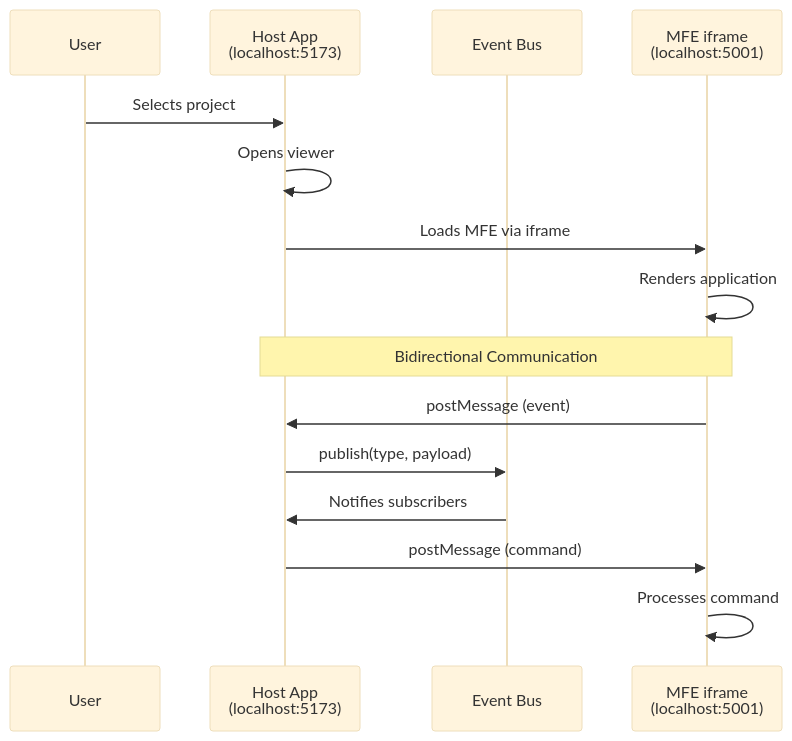
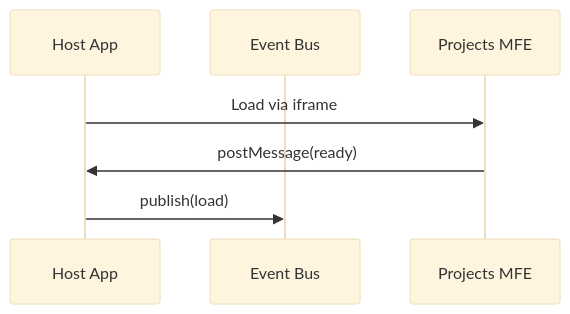
Before and after one commit to ehurafa/portfolio-mfe-2025: the second of 2 diagrams in README.md, drawn with Mermaid (base theme). The commit also changed other lines of this file, not shown here.

Commit message:
docs: optimize README size and content clarity while preserving essential diagrams

````diff
--- a/README.md
+++ b/README.md
@@ -189,21 +128,9 @@
 ```mermaid
 sequenceDiagram
-    participant User
-    participant Host as Host App<br/>(localhost:5173)
-    participant EventBus as Event Bus
-    participant Iframe as MFE iframe<br/>(localhost:5001)
-    
-    User->>Host: Selects project
-    Host->>Host: Opens viewer
-    Host->>Iframe: Loads MFE via iframe
-    Iframe->>Iframe: Renders application
-    
-    Note over Host,Iframe: Bidirectional Communication
-    
-    Iframe->>Host: postMessage (event)
-    Host->>EventBus: publish(type, payload)
-    EventBus->>Host: Notifies subscribers
-    
-    Host->>Iframe: postMessage (command)
-    Iframe->>Iframe: Processes command
+    participant Host as Host App
+    participant Bus as Event Bus
+    participant MFE as Projects MFE
+    Host->>MFE: Load via iframe
+    MFE->>Host: postMessage(ready)
+    Host->>Bus: publish(load)
 ```
````
